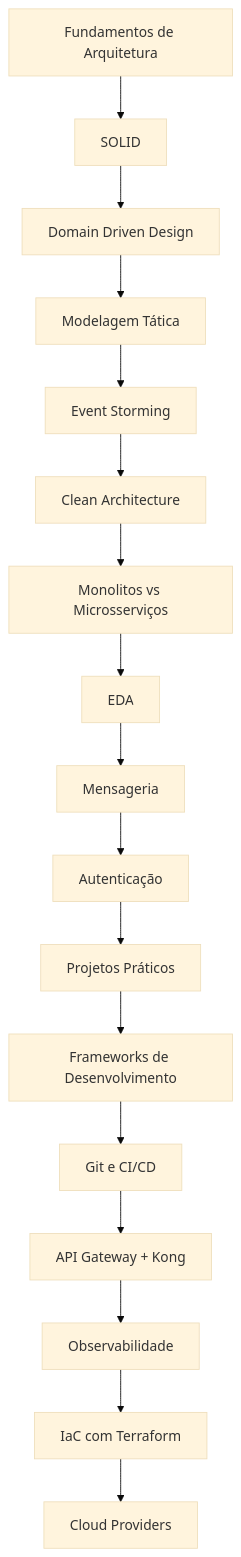
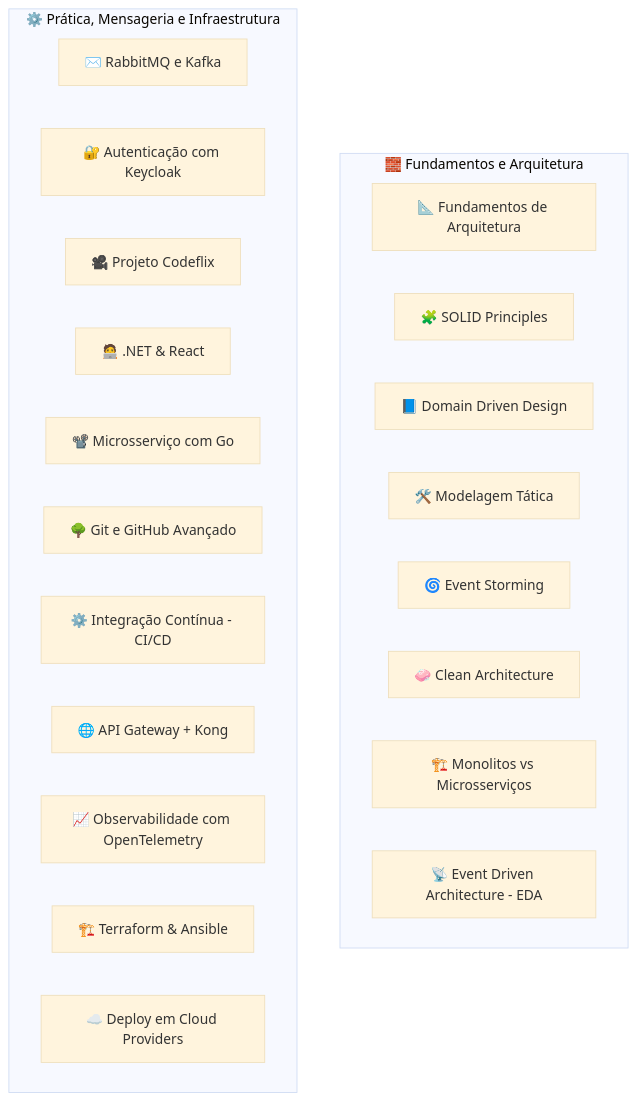
One commit to daniloopinheiro/FullCycleSoftwareArchitect changed the diagram in README.md. Above: the diagram before and after it, drawn with Mermaid (base theme).

````diff
--- a/README.md
+++ b/README.md
@@ -9,19 +9,34 @@
 ```mermaid
 graph TD
-    A[Fundamentos de Arquitetura] --> B[SOLID]
-    B --> C[Domain Driven Design]
-    C --> D[Modelagem Tática]
-    D --> E[Event Storming]
-    E --> F[Clean Architecture]
-    F --> G[Monolitos vs Microsserviços]
-    G --> H[EDA]
-    H --> I[Mensageria]
-    I --> J[Autenticação]
-    J --> K[Projetos Práticos]
-    K --> L[Frameworks de Desenvolvimento]
-    L --> M[Git e CI/CD]
-    M --> N[API Gateway + Kong]
-    N --> O[Observabilidade]
-    O --> P[IaC com Terraform]
-    P --> Q[Cloud Providers]
+    subgraph Fundamentos_e_Arquitetura [🧱 Fundamentos e Arquitetura]
+        direction LR
+        A1[📐 Fundamentos de Arquitetura]
+        A2[🧩 SOLID Principles]
+        A3[📘 Domain Driven Design]
+        A4[🛠️ Modelagem Tática]
+        A5[🌀 Event Storming]
+        A6[🧼 Clean Architecture]
+        A7[🏗️ Monolitos vs Microsserviços]
+        A8[📡 Event Driven Architecture - EDA]
+    end
+
+    subgraph Pratica_Mensageria_Infraestrutura [⚙️ Prática, Mensageria e Infraestrutura]
+        direction LR
+
+        B1[✉️ RabbitMQ e Kafka]
+        B2[🔐 Autenticação com Keycloak]
+        B3[🎥 Projeto Codeflix]
+        B4[🧑‍💻 .NET & React]
+        B5[📽️ Microsserviço com Go]
+        B6[🌳 Git e GitHub Avançado]
+        B7[⚙️ Integração Contínua - CI/CD]
+        B8[🌐 API Gateway + Kong]
+        B9[📈 Observabilidade com OpenTelemetry]
+        B10[🏗️ Terraform & Ansible]
+        B11[☁️ Deploy em Cloud Providers]
+    end
+
+    %% A1 --> A2 --> A3 --> A4 --> A5 --> A6 --> A7 --> A8 --> B1
+    %% B1 --> B2 --> B3 --> B4 --> B5 --> B6 --> B7 --> B8 --> B9 --> B10 --> B11
+
 ```
````
